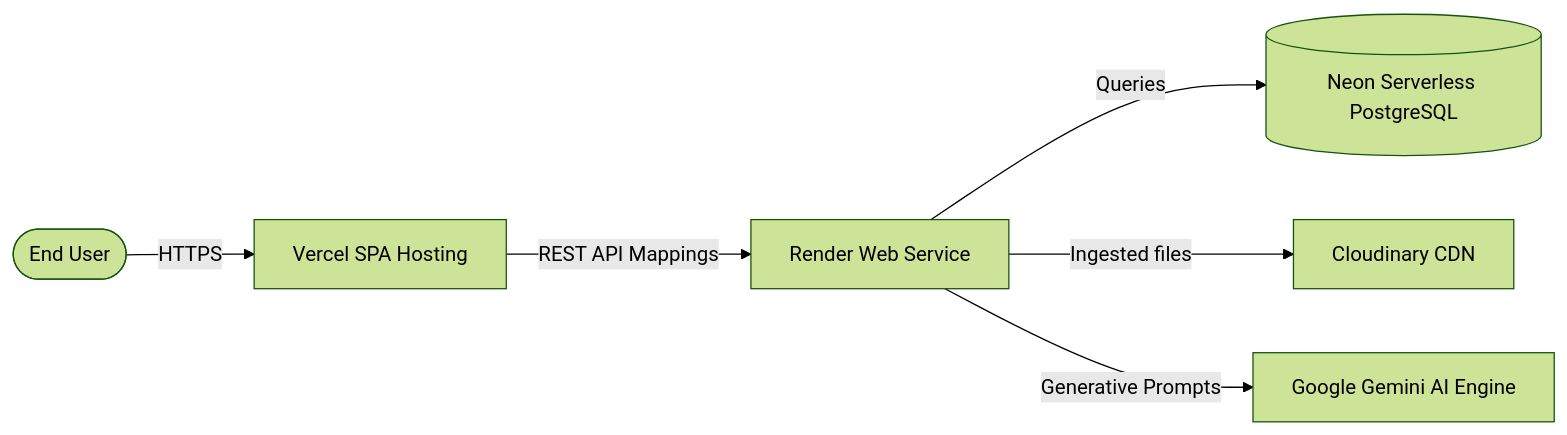
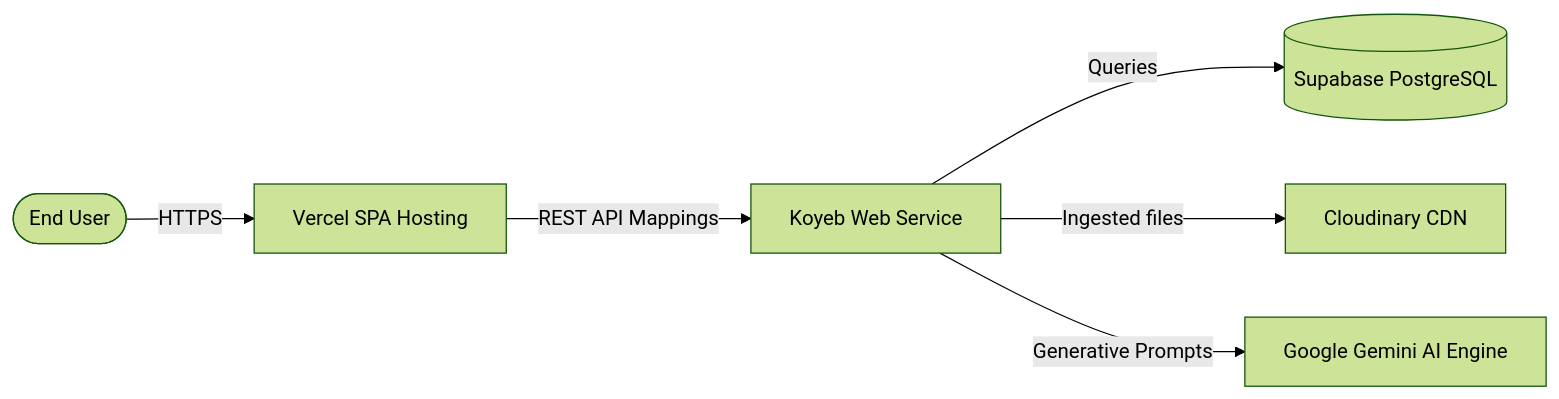
Before and after one commit to VIJAYAPANDIANT/HTML: the diagram in docs/deployment_guide.md, drawn with Mermaid (forest theme). The commit also changed other lines of this file and 1 other file, not shown here.

Commit message:
Update README and deployment guide to document Koyeb and Supabase database setups

````diff
--- a/docs/deployment_guide.md
+++ b/docs/deployment_guide.md
@@ -9,8 +9,8 @@
 ```mermaid
 graph LR
     User([End User]) -->|HTTPS| Vercel[Vercel SPA Hosting]
-    Vercel -->|REST API Mappings| Render[Render Web Service]
-    Render -->|Queries| Neon[(Neon Serverless PostgreSQL)]
-    Render -->|Ingested files| Cloudinary[Cloudinary CDN]
-    Render -->|Generative Prompts| Gemini[Google Gemini AI Engine]
+    Vercel -->|REST API Mappings| Koyeb[Koyeb Web Service]
+    Koyeb -->|Queries| Supabase[(Supabase PostgreSQL)]
+    Koyeb -->|Ingested files| Cloudinary[Cloudinary CDN]
+    Koyeb -->|Generative Prompts| Gemini[Google Gemini AI Engine]
 ```
````
